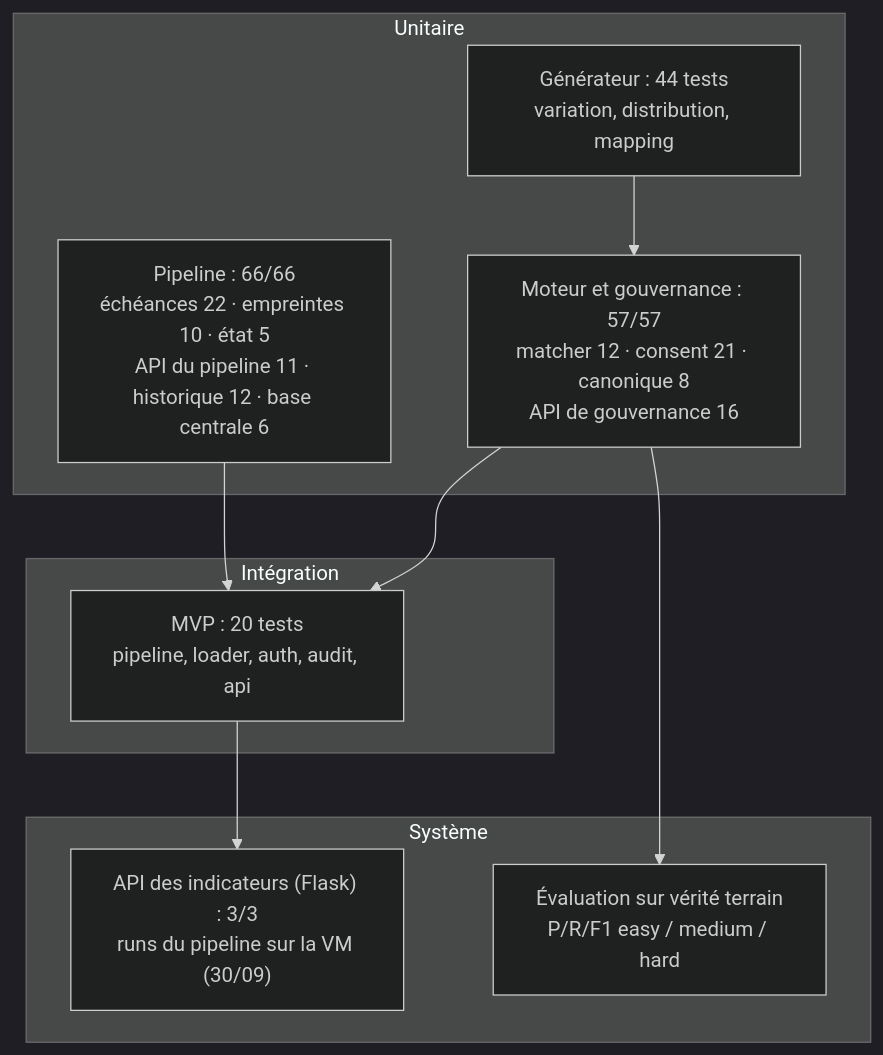
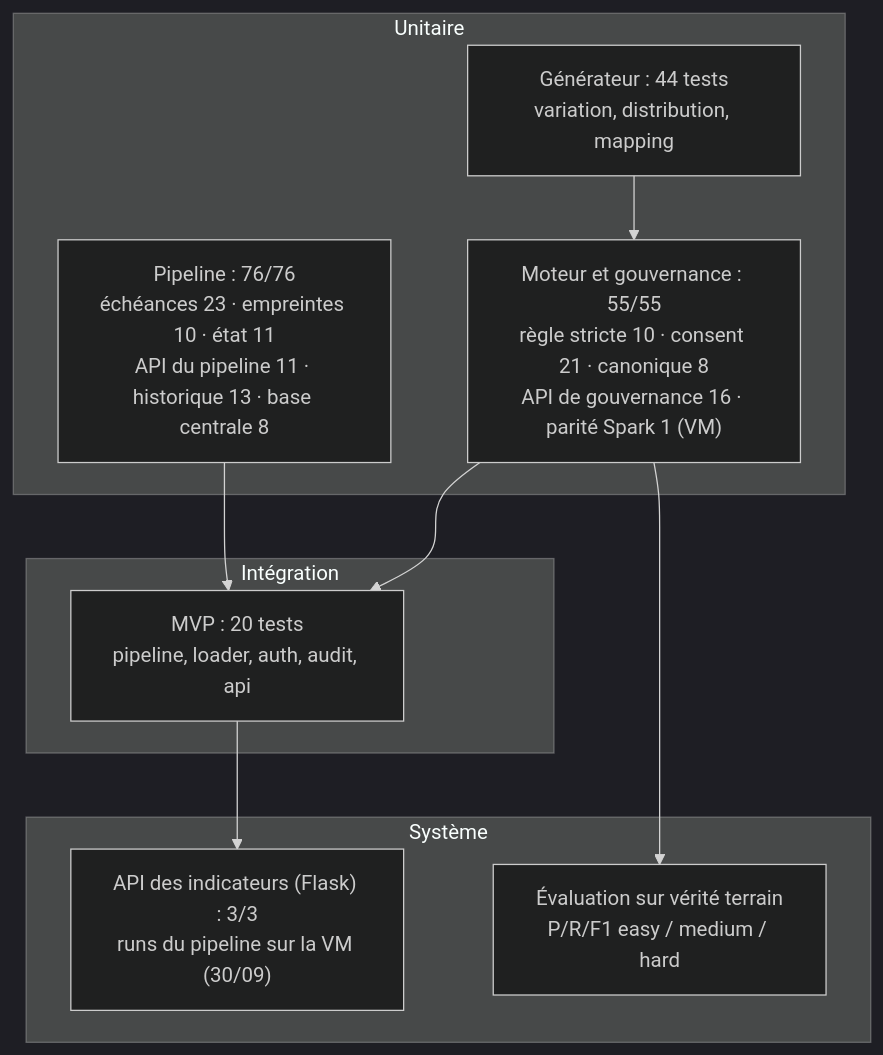
The diagram in chapters/08-tests.md (Alphamanjaka/test-big-data), drawn with Mermaid (dark theme) before and after one commit. The commit also changed other lines of this file and 27 other files, not shown here.

````diff
--- a/chapters/08-tests.md
+++ b/chapters/08-tests.md
@@ -8,18 +8,18 @@
 ```mermaid
 flowchart TD
     subgraph Unitaire
         G["Générateur : 44 tests<br/>variation, distribution, mapping"]
-        E["Moteur et gouvernance : 57/57<br/>matcher 12 · consent 21 · canonique 8<br/>API de gouvernance 16"]
-        P["Pipeline : 66/66<br/>échéances 22 · empreintes 10 · état 5<br/>API du pipeline 11 · historique 12 · base centrale 6"]
+        E["Moteur et gouvernance : 55/55<br/>règle stricte 10 · consent 21 · canonique 8<br/>API de gouvernance 16 · parité Spark 1 (VM)"]
+        P["Pipeline : 76/76<br/>échéances 23 · empreintes 10 · état 11<br/>API du pipeline 11 · historique 13 · base centrale 8"]
     end
     subgraph Intégration
         MVP["MVP : 20 tests<br/>pipeline, loader, auth, audit, api"]
     end
     subgraph Système
         API["API des indicateurs (Flask) : 3/3<br/>runs du pipeline sur la VM (30/09)"]
         EVAL["Évaluation sur vérité terrain<br/>P/R/F1 easy / medium / hard"]
     end
     G --> E --> MVP --> API
     P --> MVP
     E --> EVAL
 ```
````
